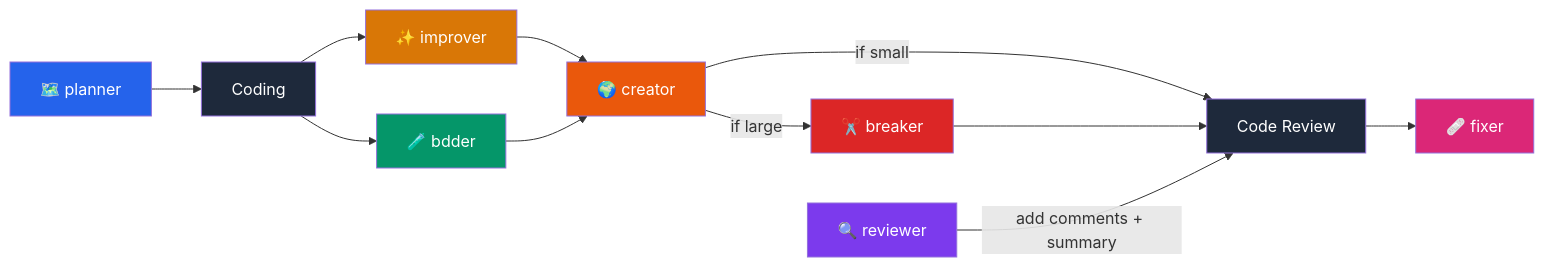
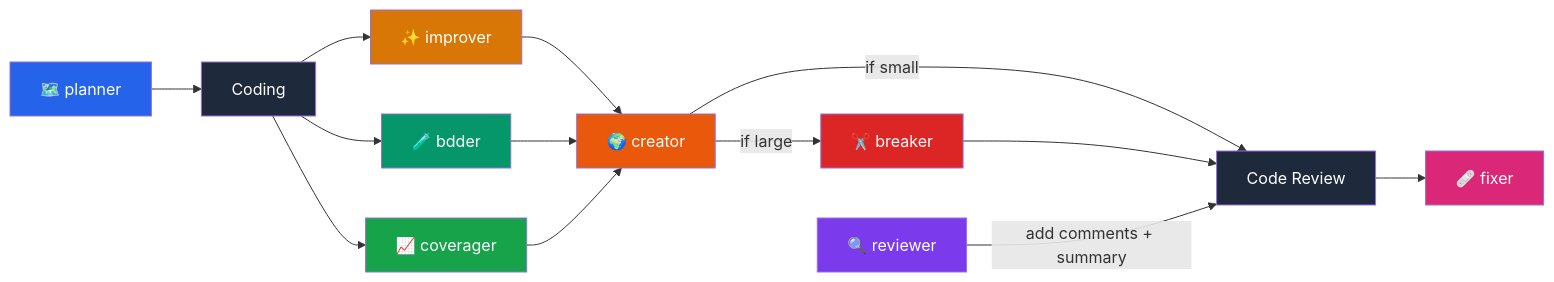
Before and after one commit to Victorcorcos/skills: the diagram in README.md, drawn with Mermaid. The commit also changed other lines of this file and 4 other files, not shown here.

````diff
--- a/README.md
+++ b/README.md
@@ -55,23 +56,26 @@
 ```mermaid
 flowchart LR
     A[🗺️ planner] --> B[Coding]
     B --> C[✨ improver]
     B --> D[🧪 bdder]
+    B --> J[📈 coverager]
     C --> E[🌍 creator]
     D --> E[🌍 creator]
+    J --> E[🌍 creator]
     E -->|if small| F[Code Review]
     E -->|if large| G[✂️ breaker]
     G --> F
     I[🔍 reviewer] -->|add comments + summary| F
     F --> H[🩹 fixer]
 
     style A fill:#2563EB,color:#fff
     style C fill:#D97706,color:#fff
     style D fill:#059669,color:#fff
     style E fill:#EA580C,color:#fff
     style F fill:#1e293b,color:#fff
     style G fill:#DC2626,color:#fff
     style H fill:#DB2777,color:#fff
     style I fill:#7C3AED,color:#fff
+    style J fill:#16a34a,color:#fff
     style B fill:#1e293b,color:#fff
 ```
````
